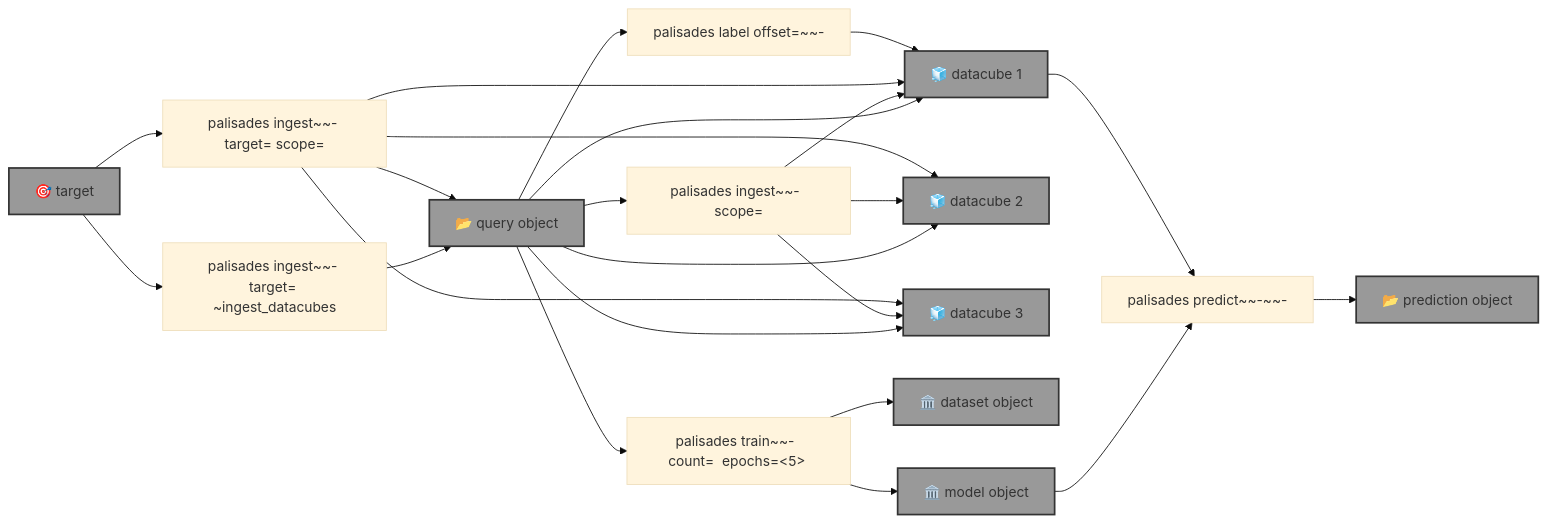
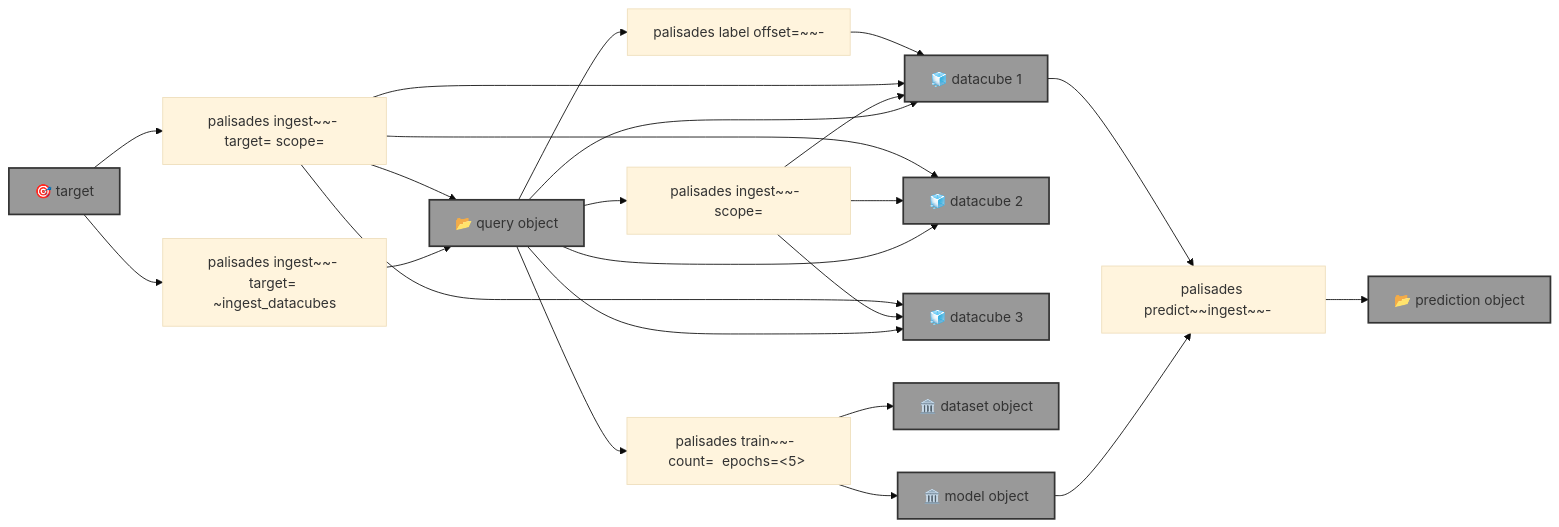
The diagram in blue_sandbox/palisades/template.md (kamangir/blue-sandbox), drawn with Mermaid (base theme) before and after one commit. The commit also changed 3 other files, not shown here.

````diff
--- a/blue_sandbox/palisades/template.md
+++ b/blue_sandbox/palisades/template.md
@@ -5,54 +5,54 @@
 ```mermaid
 graph LR
     palisades_ingest_query_ingest["palisades ingest~~- <query-object-name> scope=<scope>"]
 
     palisades_ingest_target["palisades ingest~~- target=<target> ~ingest_datacubes"]
 
     palisades_ingest_target_ingest["palisades ingest~~- target=<target> scope=<scope>"]
 
     palisades_label["palisades label offset=<offset>~~- <query-object-name>"]
 
     palisades_train["palisades train~~- <query-object-name> count=<count> <dataset-object-name> epochs=<5> <model-object-name>"]
 
-    palisades_predict["palisades predict~~-~~- <model-object-name> <datacube-id> <prediction-object-name>"]
+    palisades_predict["palisades predict~~ingest~~- <model-object-name> <datacube-id> <prediction-object-name>"]
 
     target["🎯 target"]:::folder
     query_object["📂 query object"]:::folder
     datacube_1["🧊 datacube 1"]:::folder
     datacube_2["🧊 datacube 2"]:::folder
     datacube_3["🧊 datacube 3"]:::folder
     dataset_object["🏛️ dataset object"]:::folder
     model_object["🏛️ model object"]:::folder
     prediction_object["📂 prediction object"]:::folder
 
     query_object --> datacube_1
     query_object --> datacube_2
     query_object --> datacube_3
 
     query_object --> palisades_ingest_query_ingest
     palisades_ingest_query_ingest --> datacube_1
     palisades_ingest_query_ingest --> datacube_2
     palisades_ingest_query_ingest --> datacube_3
 
     target --> palisades_ingest_target
     palisades_ingest_target --> query_object
 
     target --> palisades_ingest_target_ingest
     palisades_ingest_target_ingest --> query_object
     palisades_ingest_target_ingest --> datacube_1
     palisades_ingest_target_ingest --> datacube_2
     palisades_ingest_target_ingest --> datacube_3
 
     query_object --> palisades_label
     palisades_label --> datacube_1
 
     query_object --> palisades_train
     palisades_train --> dataset_object
     palisades_train --> model_object
 
     model_object --> palisades_predict
     datacube_1 --> palisades_predict
     palisades_predict --> prediction_object
 
     classDef folder fill:#999,stroke:#333,stroke-width:2px;
 ```
````
